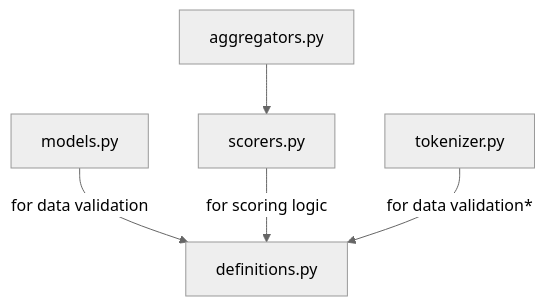
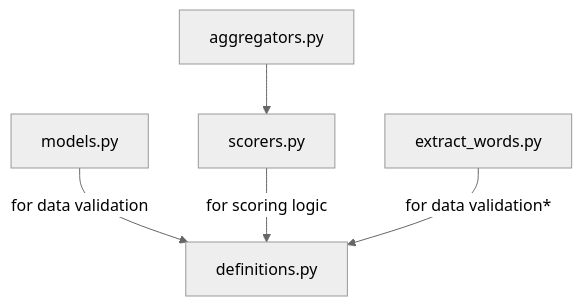
The diagram in packages/decodability/README.md (Fab-Inc/qa-benchmarks-monorepo), drawn with Mermaid (neutral theme) before and after one commit. The commit also changed 9 other files, not shown here.

````diff
--- a/packages/decodability/README.md
+++ b/packages/decodability/README.md
@@ -41,7 +41,7 @@
 ```mermaid
 flowchart
   models.py --for data validation--> definitions.py
   scorers.py --for scoring logic--> definitions.py
-  tokenizer.py --for data validation*--> definitions.py
+  extract_words.py --for data validation*--> definitions.py
   aggregators.py --> scorers.py
 ```
````
